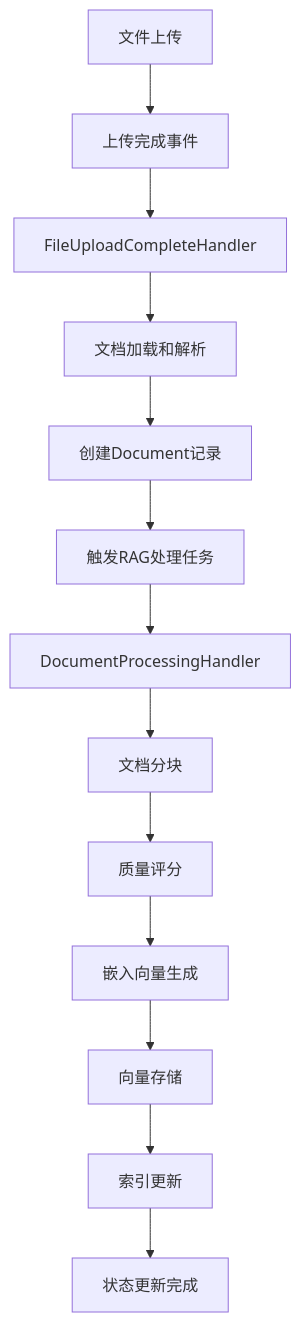
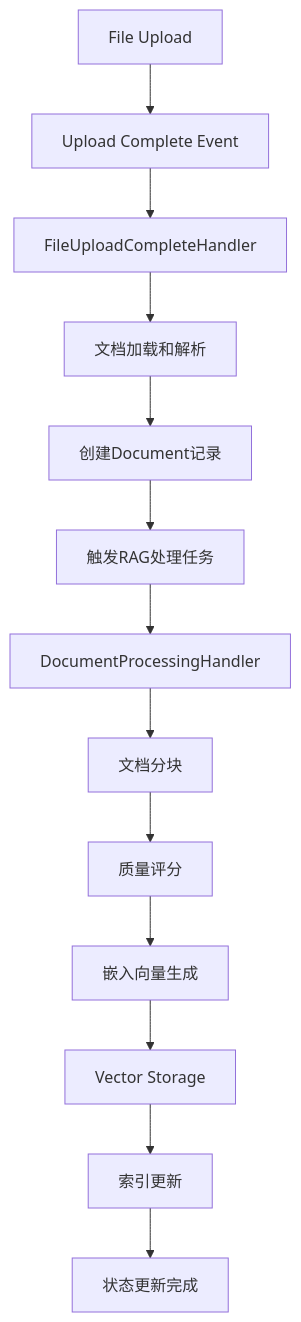
The first of 4 diagrams in docs/rag-processing-technical-design.md (guangtouwangba/weaver), drawn with Mermaid before and after one commit. The commit also changed other lines of this file and 9 other files, not shown here.

Commit message:
Complete translation of SQL schema and key config files

````diff
--- a/docs/rag-processing-technical-design.md
+++ b/docs/rag-processing-technical-design.md
@@ -28,15 +28,15 @@
 ```mermaid
 graph TD
-    A[文件上传] --> B[上传完成事件]
+    A[File Upload] --> B[Upload Complete Event]
     B --> C[FileUploadCompleteHandler]
     C --> D[文档加载和解析]
     D --> E[创建Document记录]
     E --> F[触发RAG处理任务]
     F --> G[DocumentProcessingHandler]
     G --> H[文档分块]
     H --> I[质量评分]
     I --> J[嵌入向量生成]
-    J --> K[向量存储]
+    J --> K[Vector Storage]
     K --> L[索引更新]
     L --> M[状态更新完成]
 ```
````
